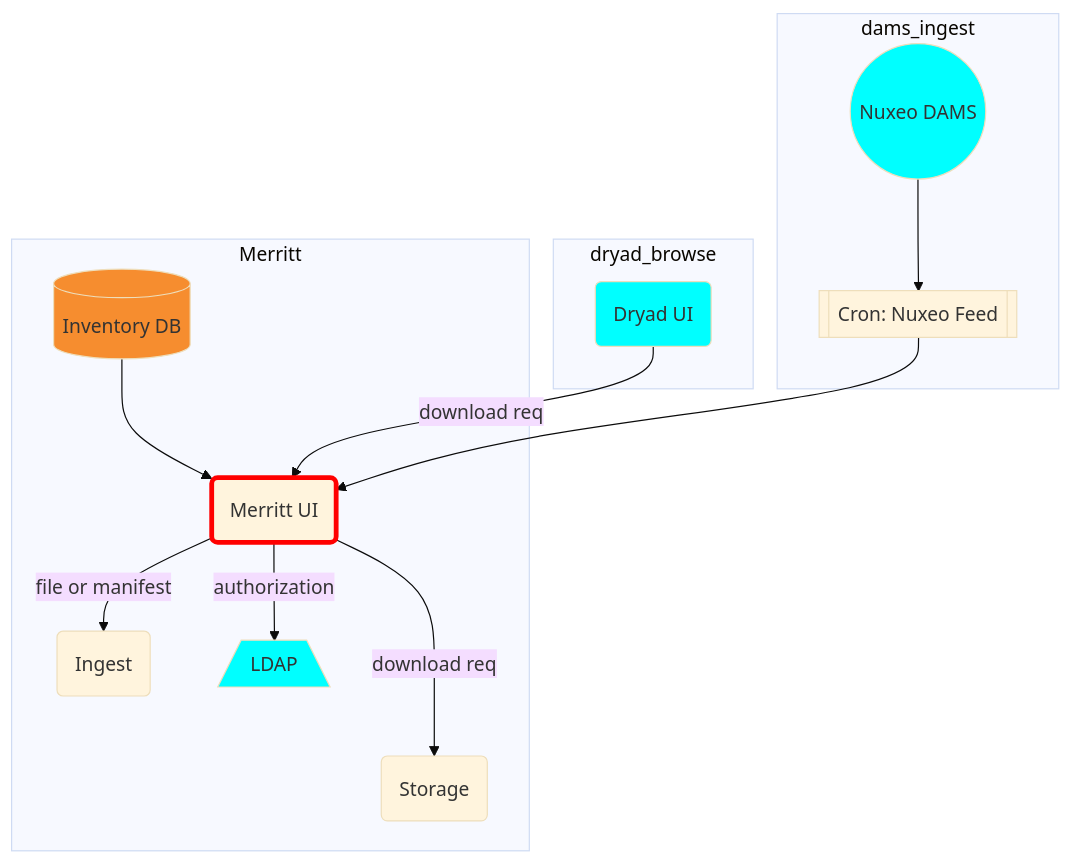
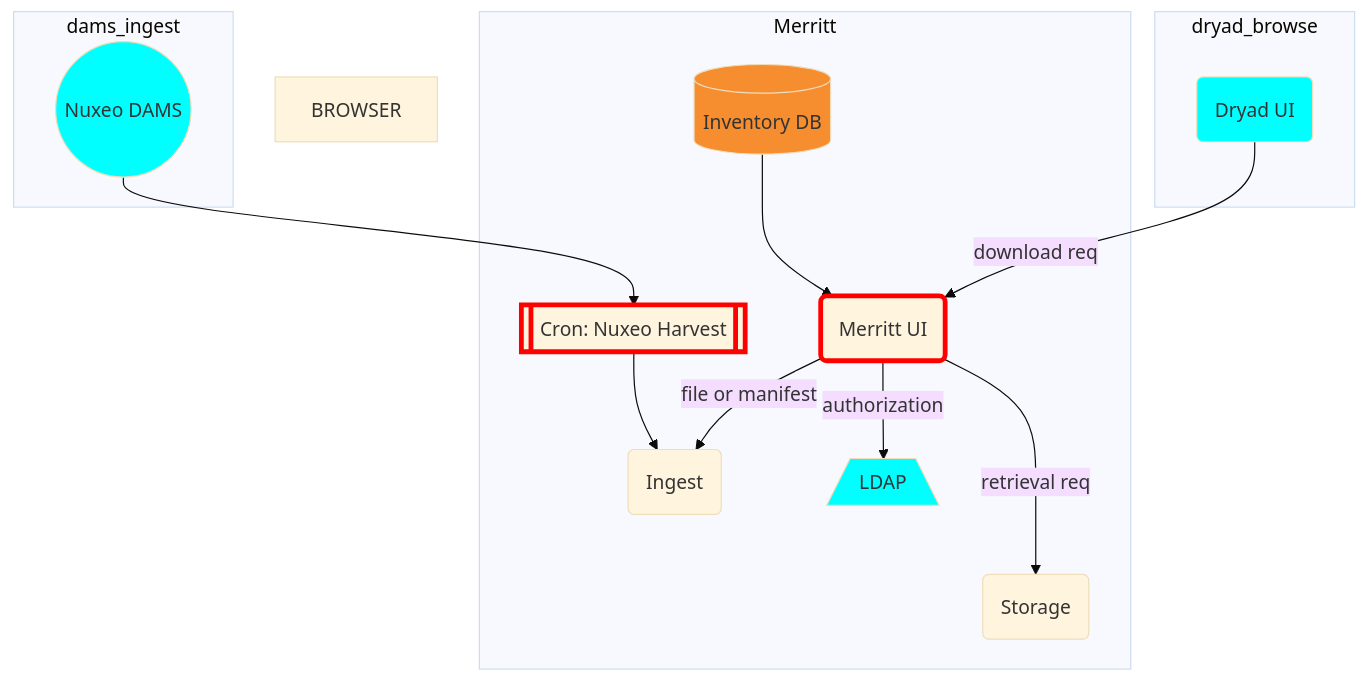
One commit to CDLUC3/mrt-doc changed the diagram in diagrams/ui.mmd. Above: the diagram before and after it, drawn with Mermaid. The commit also changed 15 other files, not shown here.

Commit message:
diagram updates

```diff
--- a/diagrams/ui.mmd
+++ b/diagrams/ui.mmd
@@ -1,30 +1,32 @@
 %%{init: {'theme': 'base'}}%%
 graph TD
   RDS[(Inventory DB)]
   UI("Merritt UI")
   ING(Ingest)
   ST(Storage)
   LDAP[/LDAP\]
   NUXEO((Nuxeo DAMS))
   DRYAD(Dryad UI)
-  NFEED[[Cron: Nuxeo Feed]]
+  NFEED[[Cron: Nuxeo Harvest]]
+  BROWSER
 
   subgraph Merritt
     RDS --> UI
     UI --> |"file or manifest"| ING
     UI --> |authorization| LDAP
-    UI ---> |download req| ST
+    UI ---> |retrieval req| ST
+    NFEED --> ING
   end
   subgraph dryad_browse
     DRYAD --> |download req| UI
   end
   subgraph dams_ingest
-    NFEED --> UI
     NUXEO --> NFEED
   end
 
   style RDS fill:#F68D2F
   style LDAP fill:cyan
   style NUXEO fill:cyan
   style DRYAD fill:cyan
   style UI stroke:red,stroke-width:4px
+  style NFEED stroke:red,stroke-width:4px
```
